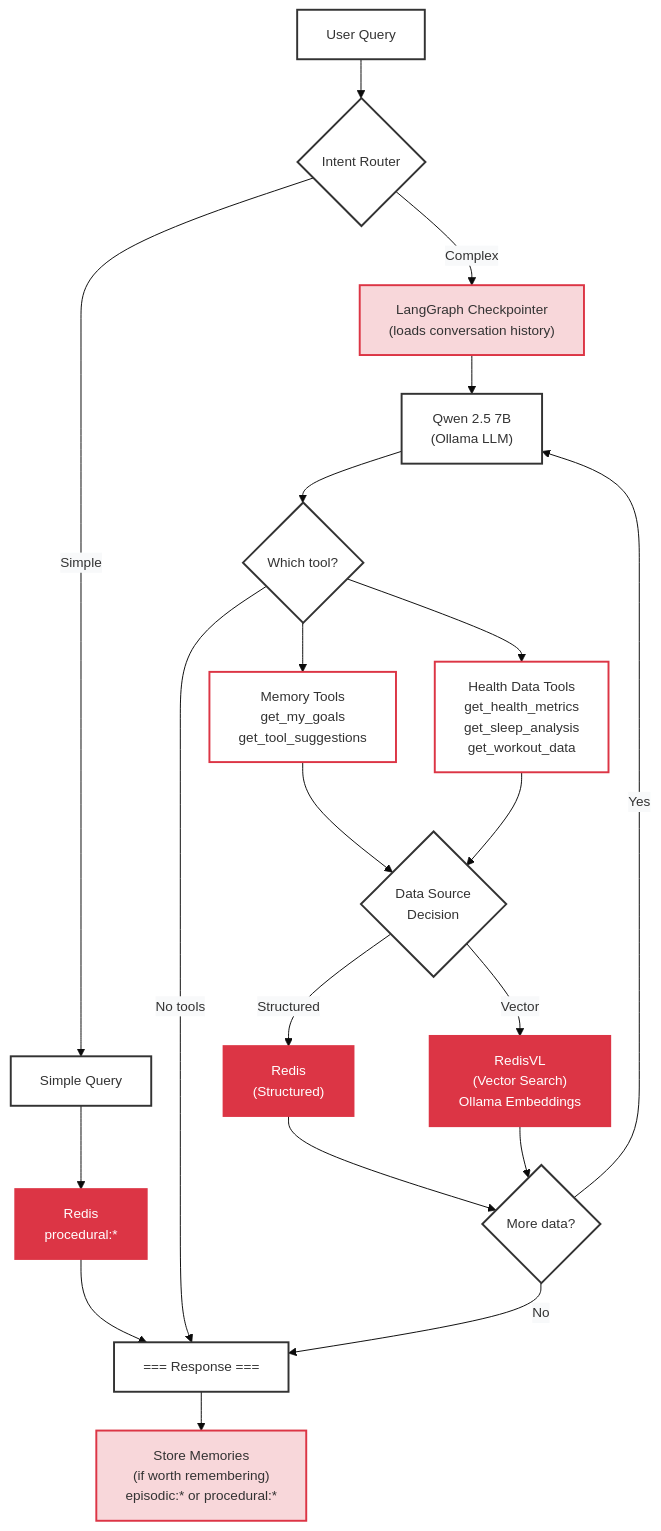
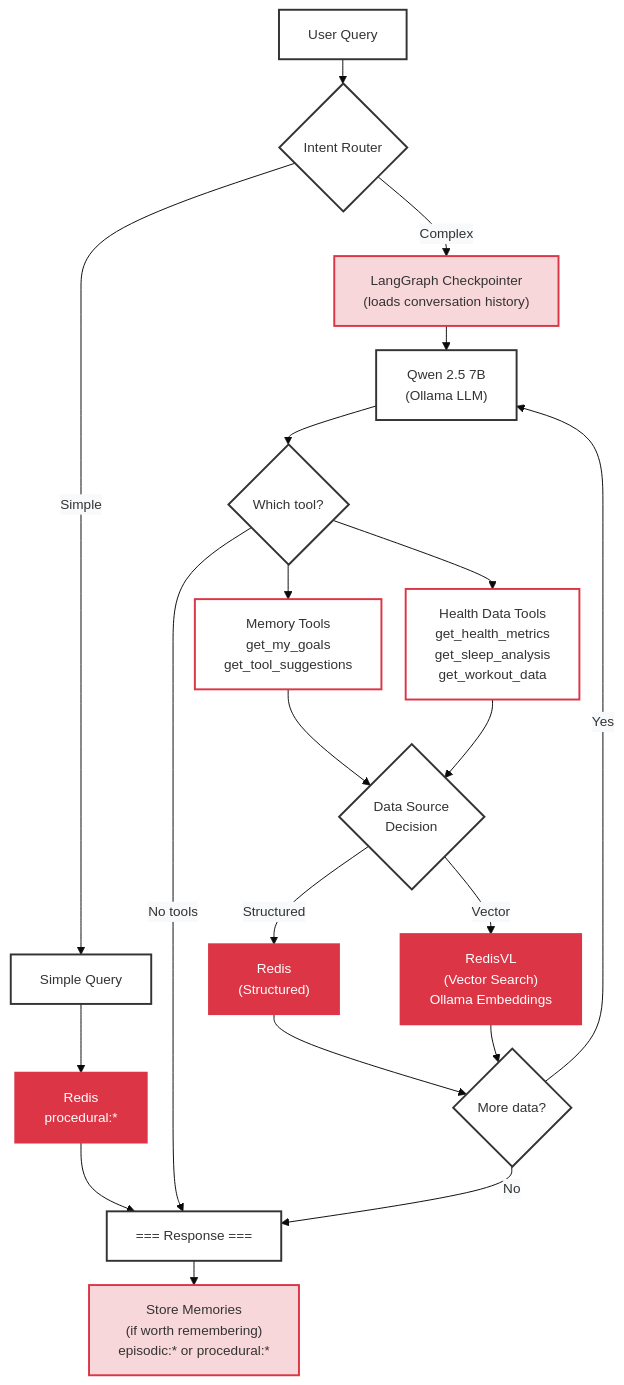
Before and after one commit to AllieRays/redis-wellness: the second of 2 diagrams in docs/STATEFUL_AGENT.md, drawn with Mermaid.

Commit message:
Reduce diagram spacing to 25px for more compact LinkedIn-friendly layout

````diff
--- a/docs/STATEFUL_AGENT.md
+++ b/docs/STATEFUL_AGENT.md
@@ -90,53 +90,53 @@
 ```mermaid
-%%{init: {'theme':'base', 'themeVariables': { 'fontSize':'14px', 'edgeLabelBackground':'#f8f9fa'}, 'flowchart': {'nodeSpacing': 40, 'rankSpacing': 40}}}%%
+%%{init: {'theme':'base', 'themeVariables': { 'fontSize':'14px', 'edgeLabelBackground':'#f8f9fa'}, 'flowchart': {'nodeSpacing': 25, 'rankSpacing': 25}}}%%
 flowchart TB
     Query["User Query"]
     Router{"Intent Router"}
     GoalOp["Simple Query"]
     GoalRedis["Redis<br/>procedural:*"]
     Memory["LangGraph Checkpointer<br/>(loads conversation history)"]
     LLM["Qwen 2.5 7B<br/>(Ollama LLM)"]
     Decision{"Which tool?"}
     MemoryTools["Memory Tools<br/>get_my_goals<br/>get_tool_suggestions"]
     HealthTools["Health Data Tools<br/>get_health_metrics<br/>get_sleep_analysis<br/>get_workout_data"]
     DataSource{"Data Source<br/>Decision"}
     RedisStructured["Redis<br/>(Structured)"]
     RedisVector["RedisVL<br/>(Vector Search)<br/>Ollama Embeddings"]
     Loop{"More data?"}
     Store["Store Memories<br/>(if worth remembering)<br/>episodic:* or procedural:*"]
     Response["=== Response ==="]
     Query --> Router
     Router -->|"Simple"| GoalOp
     Router -->|"Complex"| Memory
     GoalOp --> GoalRedis
     GoalRedis --> Response
     Memory --> LLM
     LLM --> Decision
     Decision --> MemoryTools
     Decision --> HealthTools
     Decision -->|No tools| Response
     MemoryTools --> DataSource
     HealthTools --> DataSource
     DataSource -->|Structured| RedisStructured
     DataSource -->|Vector| RedisVector
     RedisStructured --> Loop
     RedisVector --> Loop
     Loop -->|Yes| LLM
     Loop -->|No| Response
     Response --> Store
     style Query fill:#fff,stroke:#333,stroke-width:2px
     style Router fill:#fff,stroke:#333,stroke-width:2px
     style GoalOp fill:#fff,stroke:#333,stroke-width:2px
     style GoalRedis fill:#dc3545,stroke:#dc3545,stroke-width:2px,color:#fff
     style Memory fill:#f8d7da,stroke:#dc3545,stroke-width:2px
     style LLM fill:#fff,stroke:#333,stroke-width:2px
     style Decision fill:#fff,stroke:#333,stroke-width:2px
     style MemoryTools fill:#fff,stroke:#dc3545,stroke-width:2px
     style HealthTools fill:#fff,stroke:#dc3545,stroke-width:2px
     style DataSource fill:#fff,stroke:#333,stroke-width:2px
     style RedisStructured fill:#dc3545,stroke:#dc3545,stroke-width:2px,color:#fff
     style RedisVector fill:#dc3545,stroke:#dc3545,stroke-width:2px,color:#fff
     style Loop fill:#fff,stroke:#333,stroke-width:2px
     style Store fill:#f8d7da,stroke:#dc3545,stroke-width:2px
     style Response fill:#fff,stroke:#333,stroke-width:2px,min-width:500px
 ```
````
